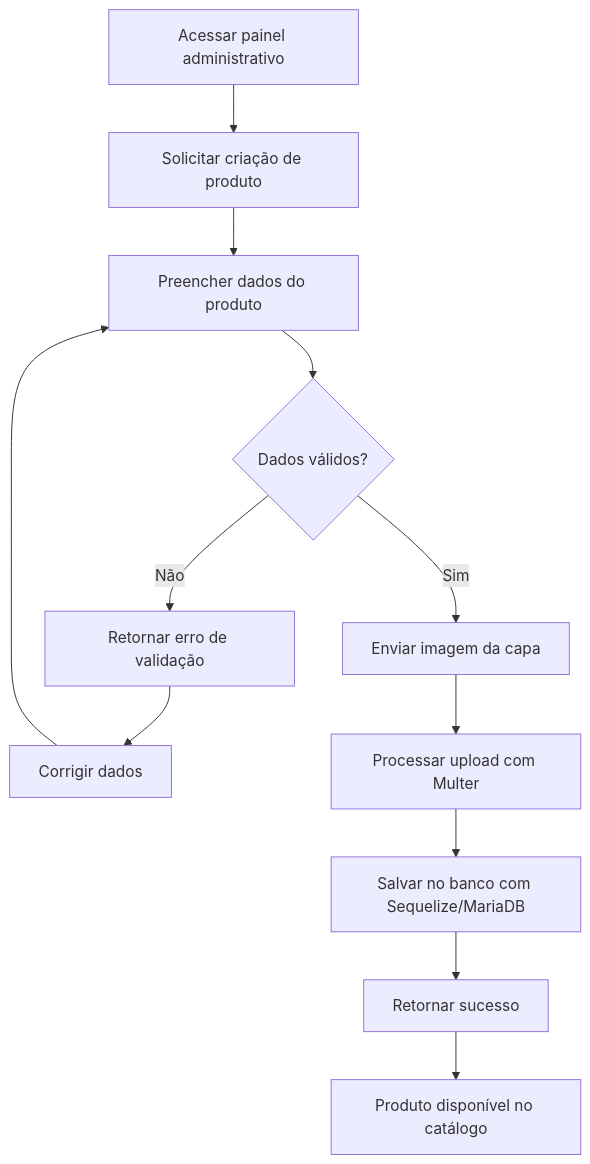
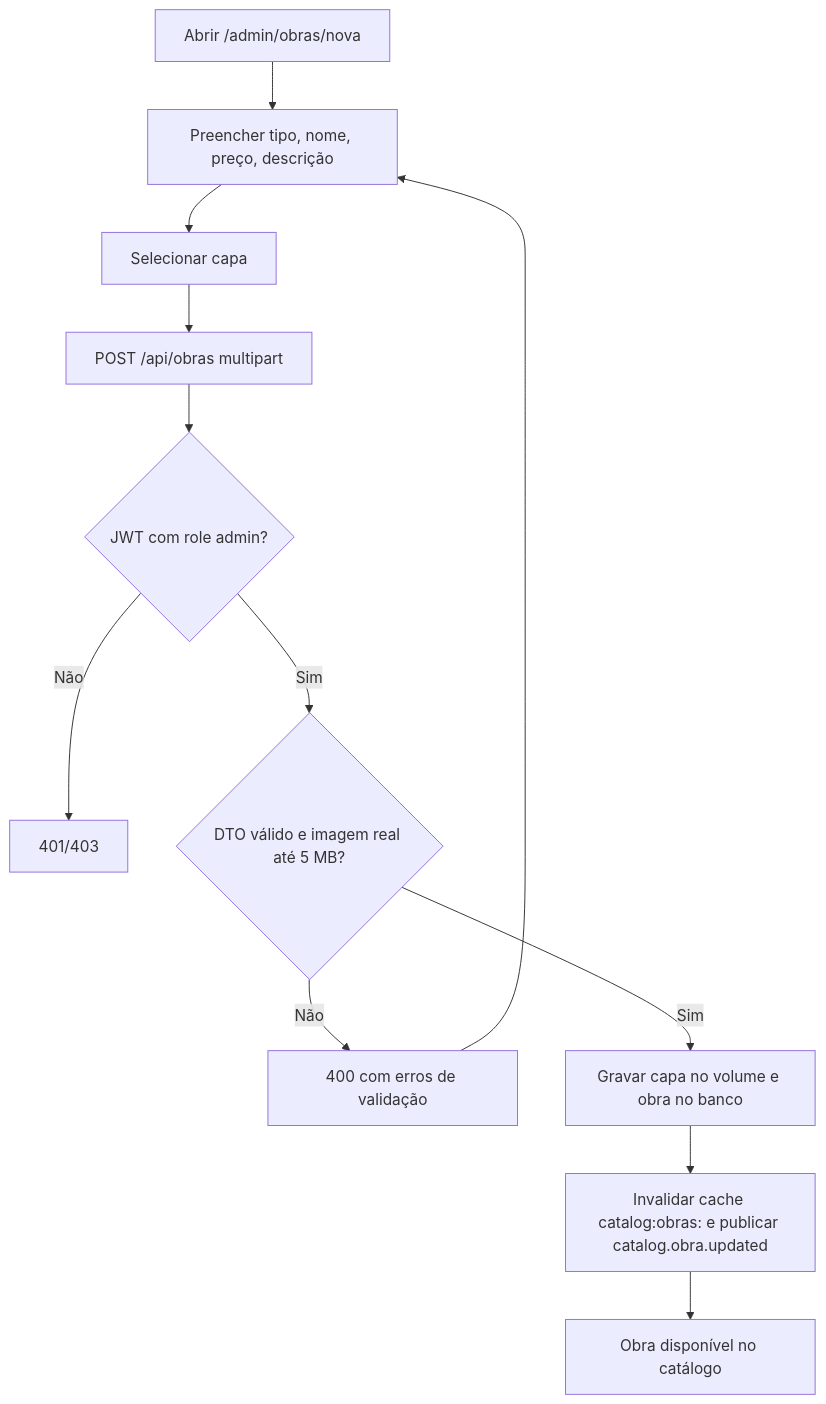
One commit to PFLYIN/kumoko-scan changed the seventh of 8 diagrams in README.md. Above: the diagram before and after it, drawn with Mermaid. The commit also changed other lines of this file and 30 other files, not shown here.

````diff
--- a/README.md
+++ b/README.md
@@ -206,14 +492,14 @@
 ```mermaid
 flowchart TD
-    A[Acessar painel administrativo] --> B[Solicitar criação de produto]
-    B --> C[Preencher dados do produto]
-    C --> D{Dados válidos?}
-    D -->|Não| E[Retornar erro de validação]
-    E --> F[Corrigir dados]
-    F --> C
-    D -->|Sim| G[Enviar imagem da capa]
-    G --> H[Processar upload com Multer]
-    H --> I[Salvar no banco com Sequelize/MariaDB]
-    I --> J[Retornar sucesso]
-    J --> K[Produto disponível no catálogo]
+    A[Abrir /admin/obras/nova] --> B[Preencher tipo, nome, preço, descrição]
+    B --> C[Selecionar capa]
+    C --> D[POST /api/obras multipart]
+    D --> E{JWT com role admin?}
+    E -->|Não| F[401/403]
+    E -->|Sim| G{DTO válido e imagem real até 5 MB?}
+    G -->|Não| H[400 com erros de validação]
+    H --> B
+    G -->|Sim| I[Gravar capa no volume e obra no banco]
+    I --> J[Invalidar cache catalog:obras: e publicar catalog.obra.updated]
+    J --> K[Obra disponível no catálogo]
 ```
````
